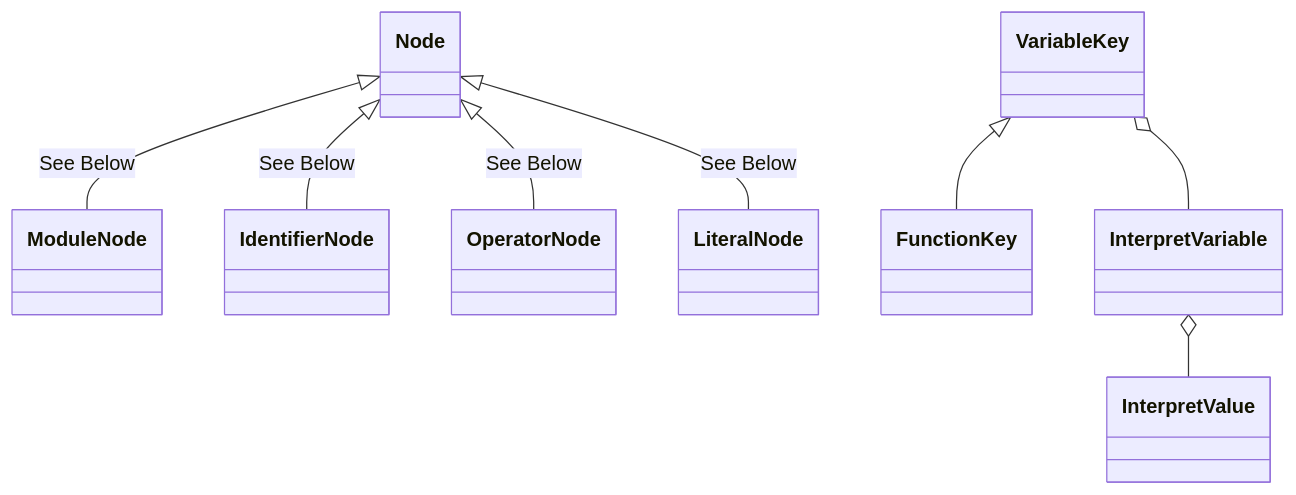
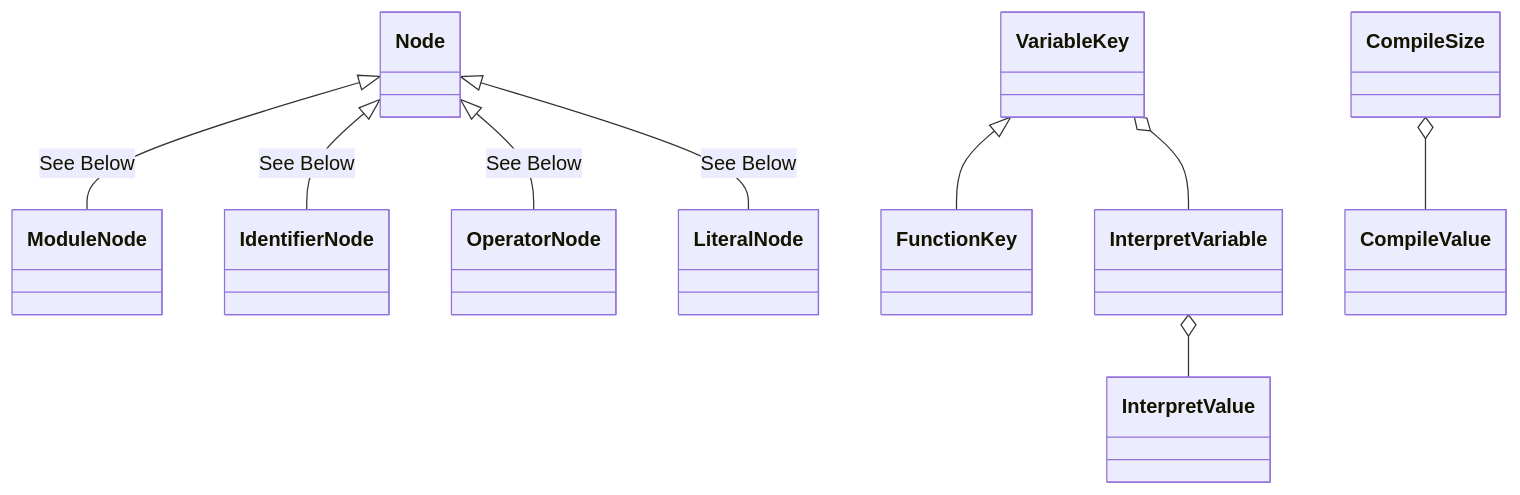
Before and after one commit to Jzhyang1/Monomer: the first of 4 diagrams in README.md, drawn with Mermaid. The commit also changed other lines of this file, not shown here.

````diff
--- a/README.md
+++ b/README.md
@@ -239,10 +239,12 @@
 ```mermaid
 classDiagram
 Node <|-- ModuleNode: See Below
 Node <|-- IdentifierNode: See Below
 Node <|-- OperatorNode: See Below
 Node <|-- LiteralNode: See Below
 VariableKey <|-- FunctionKey
 VariableKey o-- InterpretVariable
 InterpretVariable o-- InterpretValue
+CompileSize o-- CompileValue
+
 ```
````
